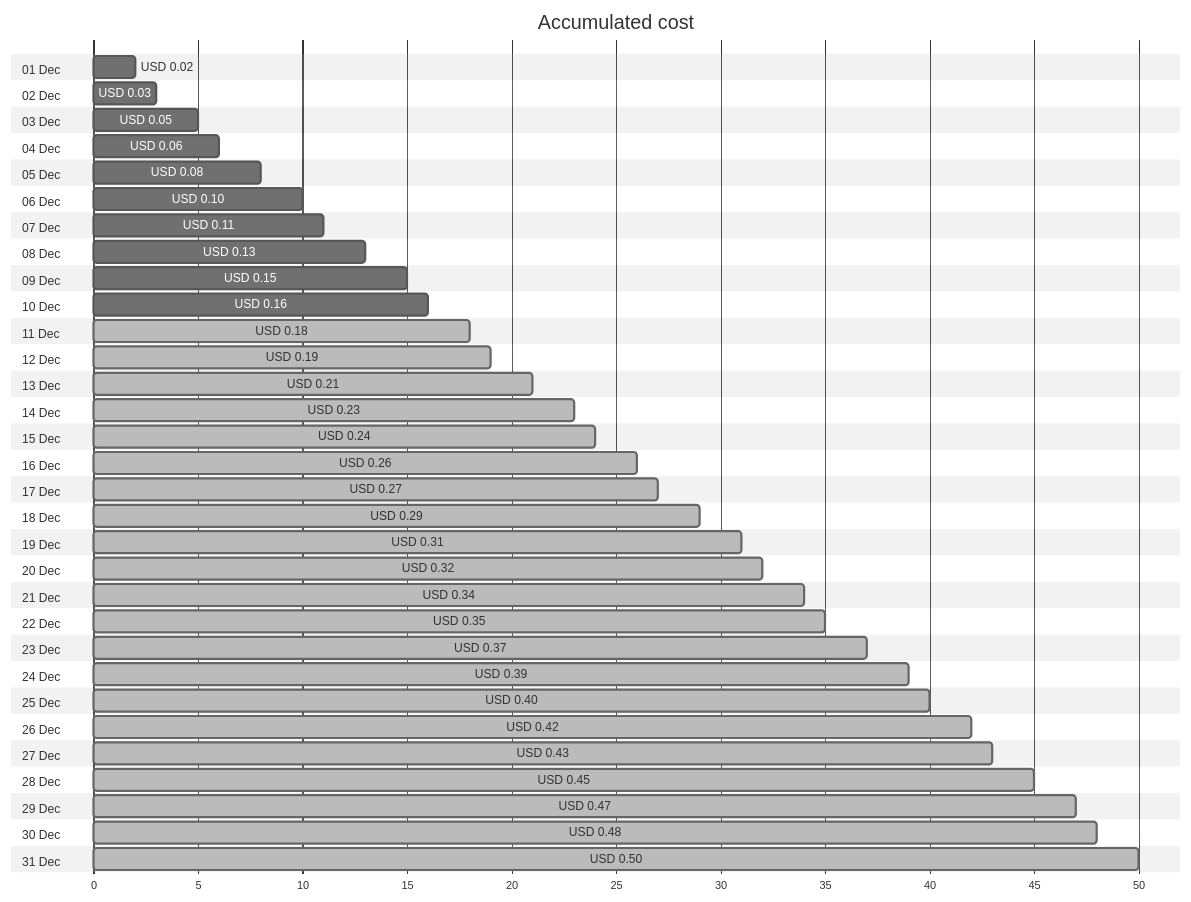
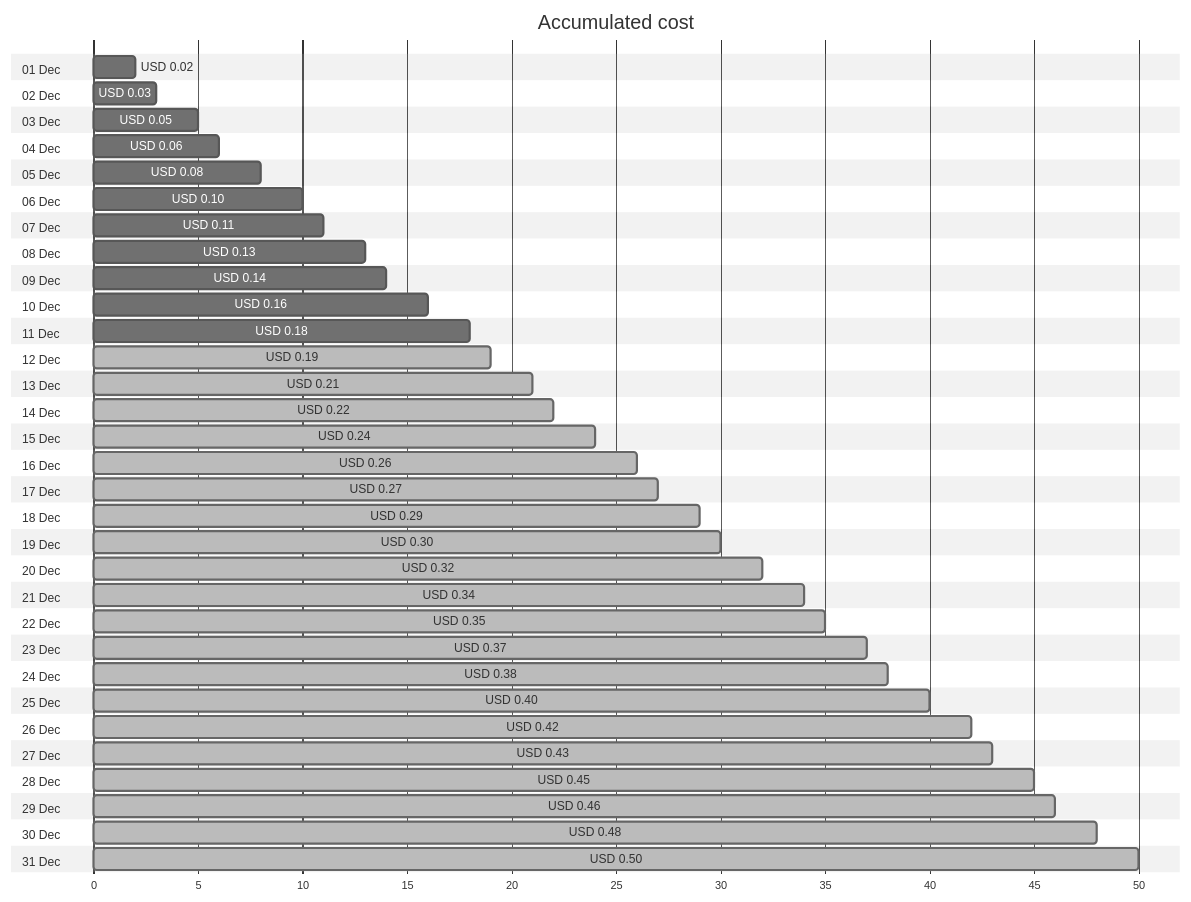
The first of 4 diagrams in cost-reports/personal-network/private.jpatrickfulton.com.md (jpfulton/azure-personal-reports), drawn with Mermaid (neutral theme) before and after one commit. The commit also changed other lines of this file and 8 other files, not shown here.

````diff
--- a/cost-reports/personal-network/private.jpatrickfulton.com.md
+++ b/cost-reports/personal-network/private.jpatrickfulton.com.md
@@ -20,68 +20,68 @@
 ```mermaid
 gantt
    title Accumulated cost
    dateFormat  X
    axisFormat %s
    section 01 Dec
    USD 0.02 :0, 2
    section 02 Dec
    USD 0.03 :0, 3
    section 03 Dec
    USD 0.05 :0, 5
    section 04 Dec
    USD 0.06 :0, 6
    section 05 Dec
    USD 0.08 :0, 8
    section 06 Dec
    USD 0.10 :0, 10
    section 07 Dec
    USD 0.11 :0, 11
    section 08 Dec
    USD 0.13 :0, 13
    section 09 Dec
-   USD 0.15 :0, 15
+   USD 0.14 :0, 14
    section 10 Dec
    USD 0.16 :0, 16
    section 11 Dec
-   USD 0.18 : done, 0, 18
+   USD 0.18 :0, 18
    section 12 Dec
    USD 0.19 : done, 0, 19
    section 13 Dec
    USD 0.21 : done, 0, 21
    section 14 Dec
-   USD 0.23 : done, 0, 23
+   USD 0.22 : done, 0, 22
    section 15 Dec
    USD 0.24 : done, 0, 24
    section 16 Dec
    USD 0.26 : done, 0, 26
    section 17 Dec
    USD 0.27 : done, 0, 27
    section 18 Dec
    USD 0.29 : done, 0, 29
    section 19 Dec
-   USD 0.31 : done, 0, 31
+   USD 0.30 : done, 0, 30
    section 20 Dec
    USD 0.32 : done, 0, 32
    section 21 Dec
    USD 0.34 : done, 0, 34
    section 22 Dec
    USD 0.35 : done, 0, 35
    section 23 Dec
    USD 0.37 : done, 0, 37
    section 24 Dec
-   USD 0.39 : done, 0, 39
+   USD 0.38 : done, 0, 38
    section 25 Dec
    USD 0.40 : done, 0, 40
    section 26 Dec
    USD 0.42 : done, 0, 42
    section 27 Dec
    USD 0.43 : done, 0, 43
    section 28 Dec
    USD 0.45 : done, 0, 45
    section 29 Dec
-   USD 0.47 : done, 0, 47
+   USD 0.46 : done, 0, 46
    section 30 Dec
    USD 0.48 : done, 0, 48
    section 31 Dec
    USD 0.50 : done, 0, 50
 ```
````
